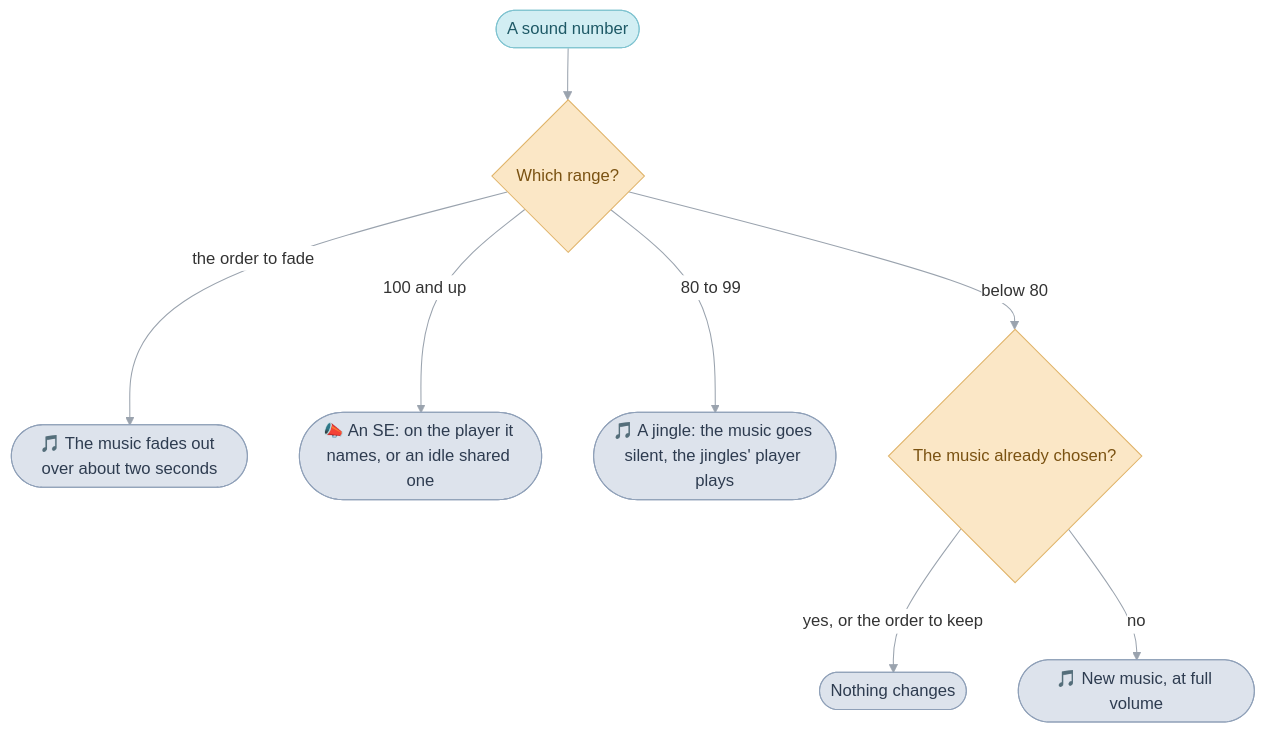
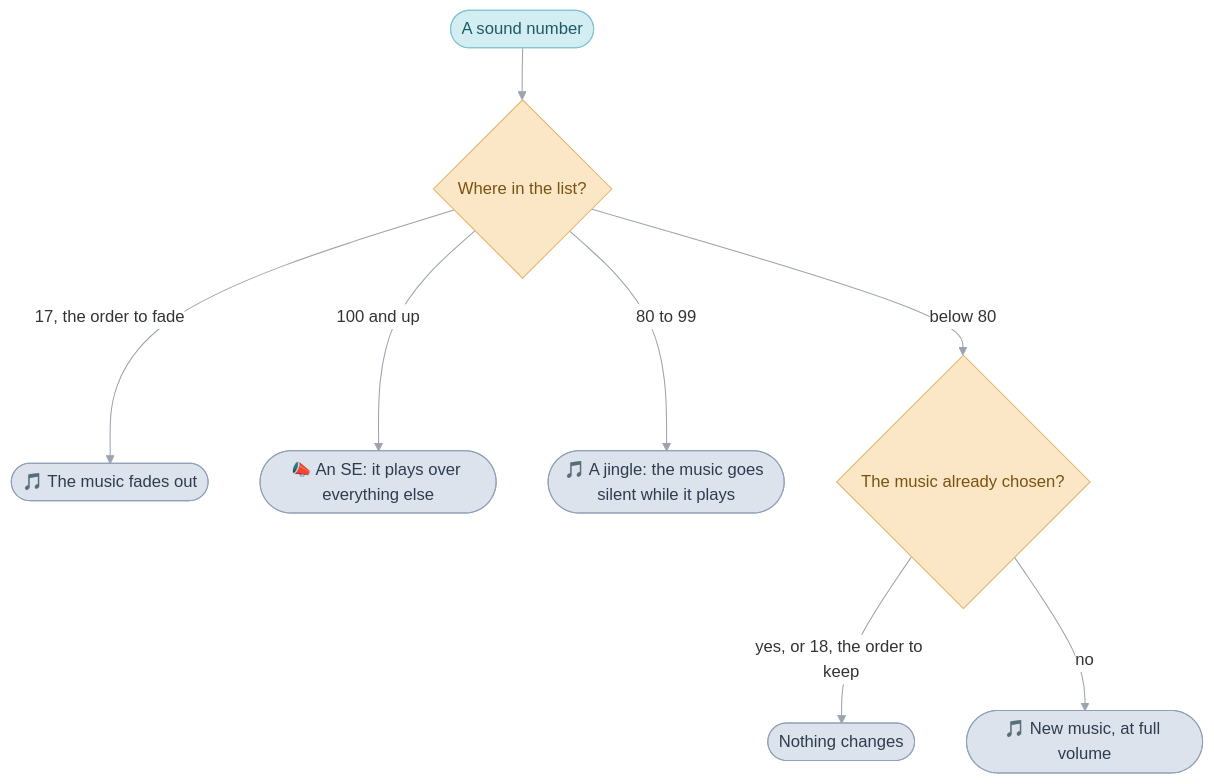
Before and after one commit to PascalPixel/alchemy: the diagram in games/tbs/src/sound/README.md, drawn with Mermaid. The commit also changed other lines of this file and 20 other files, not shown here.

````diff
--- a/games/tbs/src/sound/README.md
+++ b/games/tbs/src/sound/README.md
@@ -101,17 +70,17 @@
 ```mermaid
 %%{init: {"theme": "base", "themeVariables": {"lineColor": "#9AA3AE", "edgeLabelBackground": "#FFFFFF"}, "flowchart": {"curve": "basis", "padding": 12}}}%%
 flowchart TD
-  number(["A sound number"]) --> order{"Which range?"}
-  order -- "the order to fade" --> fade(["🎵 The music fades out over about two seconds"])
-  order -- "100 and up" --> se(["📣 An SE: on the player it names, or an idle shared one"])
-  order -- "80 to 99" --> jingle(["🎵 A jingle: the music goes silent, the jingles' player plays"])
+  number(["A sound number"]) --> order{"Where in the list?"}
+  order -- "17, the order to fade" --> fade(["🎵 The music fades out"])
+  order -- "100 and up" --> se(["📣 An SE: it plays over everything else"])
+  order -- "80 to 99" --> jingle(["🎵 A jingle: the music goes silent while it plays"])
   order -- "below 80" --> music{"The music already chosen?"}
-  music -- "yes, or the order to keep" --> keep(["Nothing changes"])
+  music -- "yes, or 18, the order to keep" --> keep(["Nothing changes"])
   music -- "no" --> start(["🎵 New music, at full volume"])
   classDef layer fill:#D2EEF3,stroke:#7FC3D0,color:#1E5966
   classDef check fill:#FBE7C6,stroke:#E0B46A,color:#7A5212
   classDef out fill:#DDE3EC,stroke:#8FA0B8,color:#2E3C50
   class number layer
   class order,music check
   class fade,se,jingle,keep,start out
 ```
````
